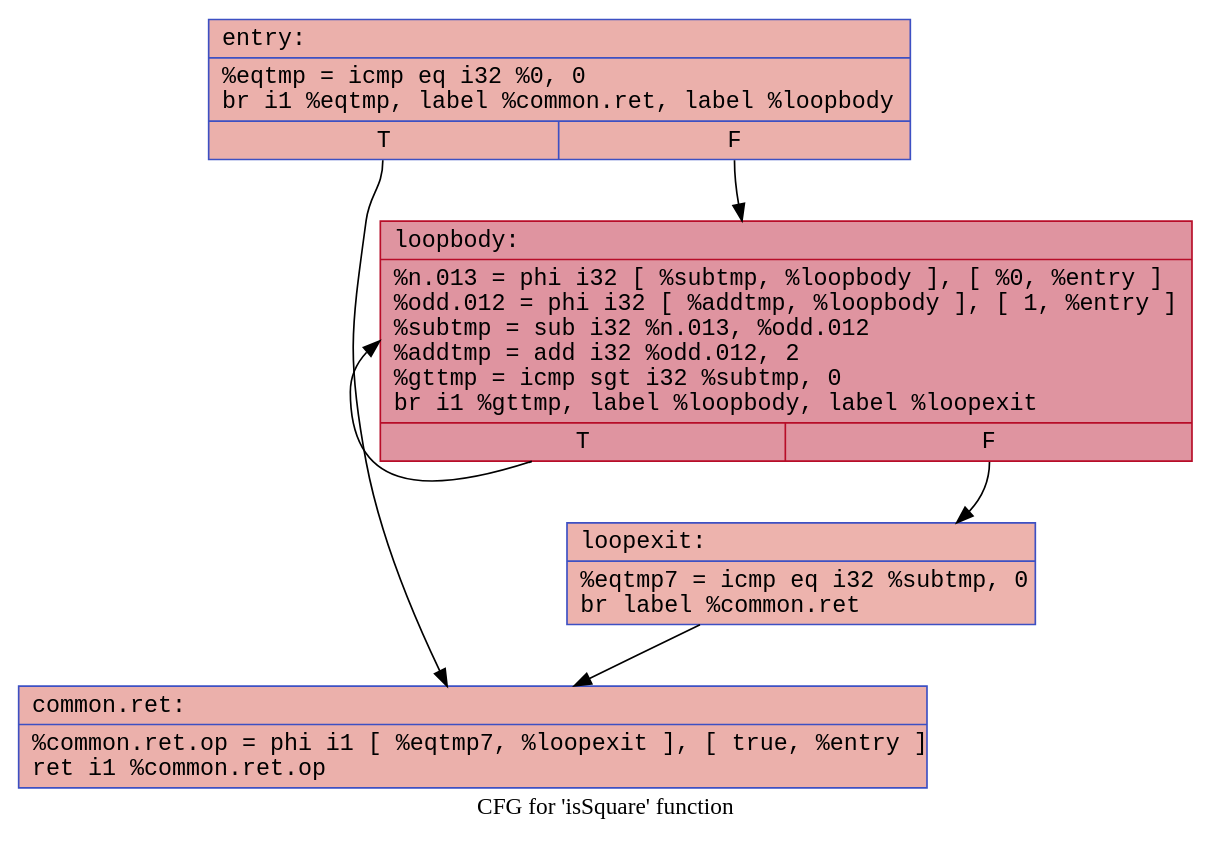
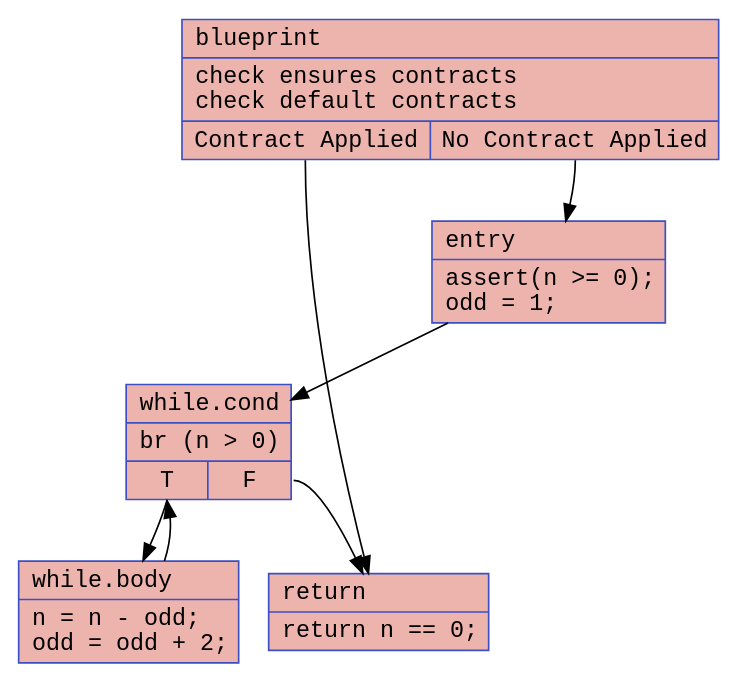
The first of 4 diagrams in examples/square_test/square_test.md (twanman1412/blueprintScript), drawn with Graphviz before and after one commit. The commit also changed other lines of this file and 58 other files, not shown here.

````diff
--- a/examples/square_test/square_test.md
+++ b/examples/square_test/square_test.md
@@ -47,15 +4,19 @@
 ```dot
-digraph "CFG for 'isSquare' function" {
-	label="CFG for 'isSquare' function";
+digraph "CFG for isSquare" {
+	blueprint [shape=record, color="#3d50c3ff", style=filled, fillcolor="#d6524470", fontname="Courier", label="{blueprint\l|check ensures contracts\lcheck default contracts\l|{<s0>Contract Applied|<s1>No Contract Applied}}"];
+	blueprint:s0 -> ret;
+	blueprint:s1 -> entry;
 
-	Node0x56029043fd90 [shape=record,color="#3d50c3ff", style=filled, fillcolor="#d24b4070", fontname="Courier",label="{entry:\l|  %eqtmp = icmp eq i32 %0, 0\l  br i1 %eqtmp, label %common.ret, label %loopbody\l|{<s0>T|<s1>F}}"];
-	Node0x56029043fd90:s0 -> Node0x56029043fed0;
-	Node0x56029043fd90:s1 -> Node0x560290440400;
-	Node0x56029043fed0 [shape=record,color="#3d50c3ff", style=filled, fillcolor="#d24b4070", fontname="Courier",label="{common.ret:\l|  %common.ret.op = phi i1 [ %eqtmp7, %loopexit ], [ true, %entry ]\l  ret i1 %common.ret.op\l}"];
-	Node0x560290440400 [shape=record,color="#b70d28ff", style=filled, fillcolor="#b70d2870", fontname="Courier",label="{loopbody:\l|  %n.013 = phi i32 [ %subtmp, %loopbody ], [ %0, %entry ]\l  %odd.012 = phi i32 [ %addtmp, %loopbody ], [ 1, %entry ]\l  %subtmp = sub i32 %n.013, %odd.012\l  %addtmp = add i32 %odd.012, 2\l  %gttmp = icmp sgt i32 %subtmp, 0\l  br i1 %gttmp, label %loopbody, label %loopexit\l|{<s0>T|<s1>F}}"];
-	Node0x560290440400:s0 -> Node0x560290440400;
-	Node0x560290440400:s1 -> Node0x5602904405f0;
-	Node0x5602904405f0 [shape=record,color="#3d50c3ff", style=filled, fillcolor="#d6524470", fontname="Courier",label="{loopexit:\l|  %eqtmp7 = icmp eq i32 %subtmp, 0\l  br label %common.ret\l}"];
-	Node0x5602904405f0 -> Node0x56029043fed0;
+	entry [shape=record, color="#3d50c3ff", style=filled, fillcolor="#d6524470", fontname="Courier", label="{entry\l|assert(n \>= 0);\lodd = 1;\l}"];
+	entry -> while_cond;
+
+	while_cond [shape=record, color="#3d50c3ff", style=filled, fillcolor="#d6524470", fontname="Courier", label="{while.cond\l|br (n \> 0)\l|{<s0>T|<s1>F}}"];
+	while_cond:s0 -> while_body;
+	while_cond:s1 -> ret;
+
+	while_body [shape=record, color="#3d50c3ff", style=filled, fillcolor="#d6524470", fontname="Courier", label="{while.body\l|n = n - odd;\lodd = odd + 2;\l}"];
+	while_body -> while_cond;
+
+	ret [shape=record, color="#3d50c3ff", style=filled, fillcolor="#d6524470", fontname="Courier", label="{return\l|return n == 0;\l}"];
 }
 ```
````
